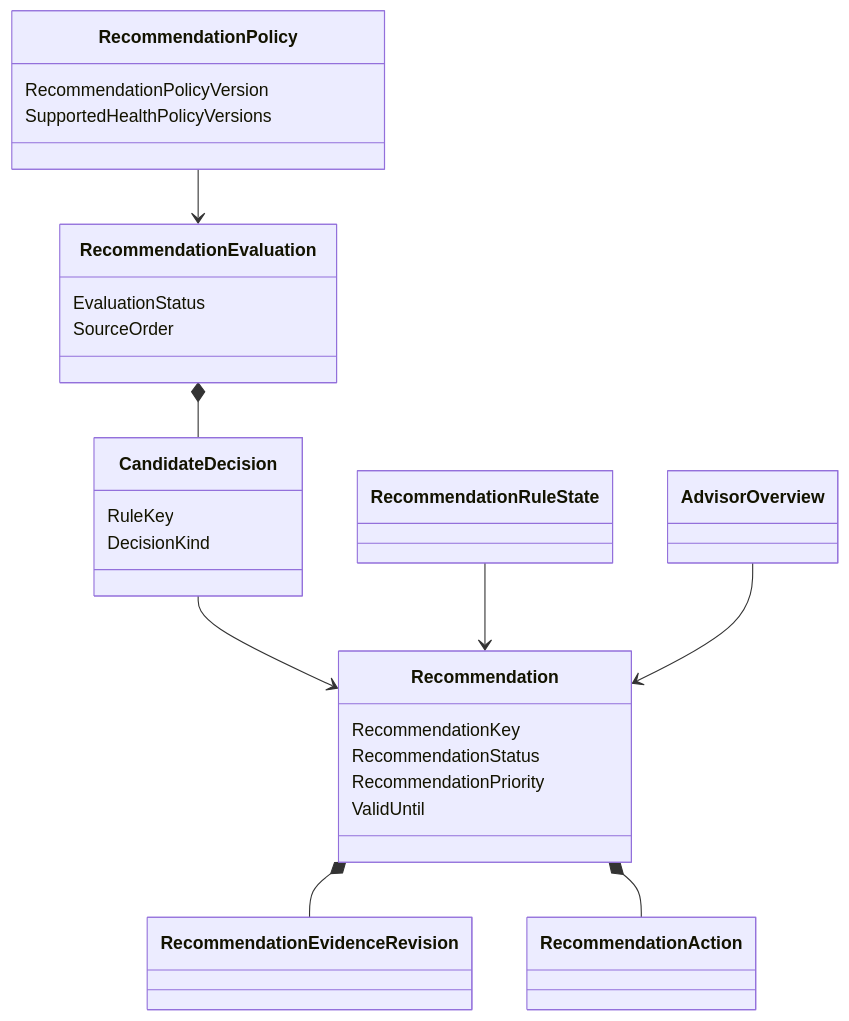
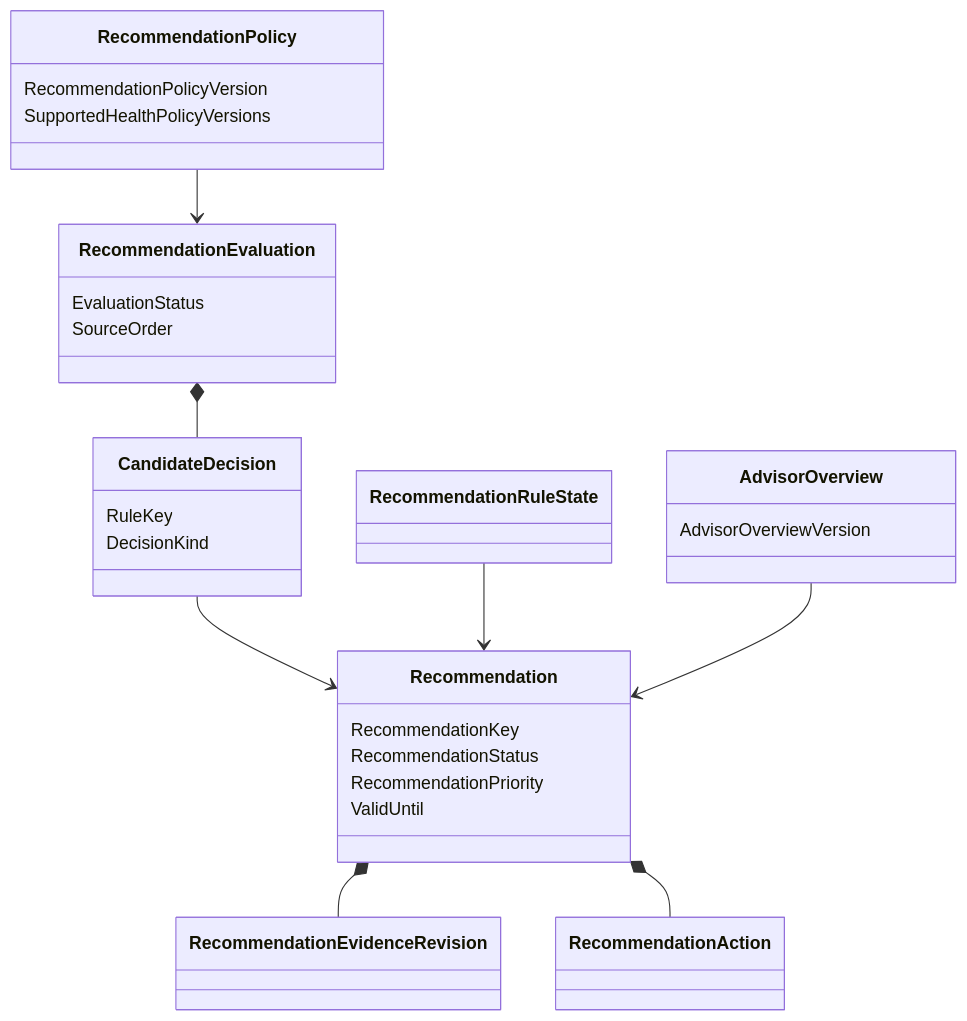
Before and after one commit to DanyDev56/atlas-design: the diagram in fondation/domains/advisor/model.md, drawn with Mermaid. The commit also changed other lines of this file and 66 other files, not shown here.

````diff
--- a/fondation/domains/advisor/model.md
+++ b/fondation/domains/advisor/model.md
@@ -23,33 +23,35 @@
 ```mermaid
 classDiagram
     class RecommendationPolicy {
       RecommendationPolicyVersion
       SupportedHealthPolicyVersions
     }
     class RecommendationEvaluation {
       EvaluationStatus
       SourceOrder
     }
     class CandidateDecision {
       RuleKey
       DecisionKind
     }
     class Recommendation {
       RecommendationKey
       RecommendationStatus
       RecommendationPriority
       ValidUntil
     }
     class RecommendationEvidenceRevision
     class RecommendationAction
     class RecommendationRuleState
-    class AdvisorOverview
+    class AdvisorOverview {
+      AdvisorOverviewVersion
+    }
 
     RecommendationPolicy --> RecommendationEvaluation
     RecommendationEvaluation *-- CandidateDecision
     CandidateDecision --> Recommendation
     Recommendation *-- RecommendationEvidenceRevision
     Recommendation *-- RecommendationAction
     RecommendationRuleState --> Recommendation
     AdvisorOverview --> Recommendation
 ```
````
